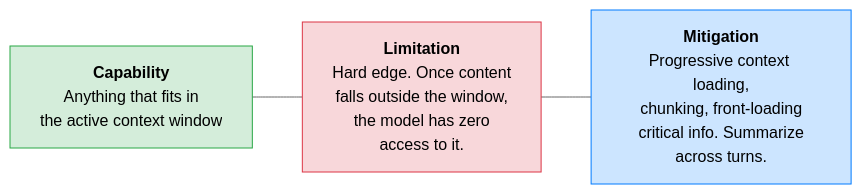
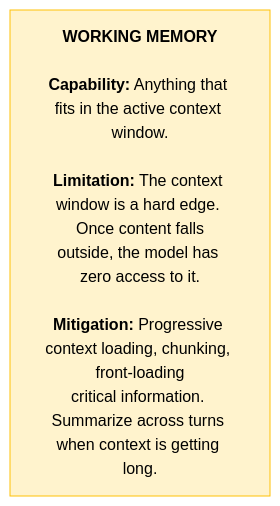
One commit to shreyabaid007/Claude-Certified-Architect changed the fourth of 7 diagrams in Professional/01-Claude-Platform-and-Solution-Design/01-How-Claude-Behaves.md. Above: the diagram before and after it, drawn with Mermaid (neutral theme). The commit also changed other lines of this file and 1 other file, not shown here.

First line of the commit message:
Standardize to two-color palette across all study diagrams

````diff
--- a/Professional/01-Claude-Platform-and-Solution-Design/01-How-Claude-Behaves.md
+++ b/Professional/01-Claude-Platform-and-Solution-Design/01-How-Claude-Behaves.md
@@ -63,8 +56,6 @@
 ```mermaid
-flowchart LR
-    classDef green fill:#d4edda,stroke:#28a745,color:#000
-    classDef red fill:#f8d7da,stroke:#dc3545,color:#000
-    classDef blue fill:#cce5ff,stroke:#007bff,color:#000
+flowchart TD
+    classDef concept fill:#fff3cd,stroke:#ffc107,color:#000
 
-    C["<b>Capability</b><br/>Anything that fits in<br/>the active context window"]:::green --- L["<b>Limitation</b><br/>Hard edge. Once content<br/>falls outside the window,<br/>the model has zero<br/>access to it."]:::red --- M["<b>Mitigation</b><br/>Progressive context loading,<br/>chunking, front-loading<br/>critical info. Summarize<br/>across turns."]:::blue
+    WM["<b>WORKING MEMORY</b><br/><br/><b>Capability:</b> Anything that fits in the active context window.<br/><br/><b>Limitation:</b> The context window is a hard edge. Once content falls<br/>outside, the model has zero access to it.<br/><br/><b>Mitigation:</b> Progressive context loading, chunking, front-loading<br/>critical information. Summarize across turns when context is getting long."]:::concept
 ```
````
